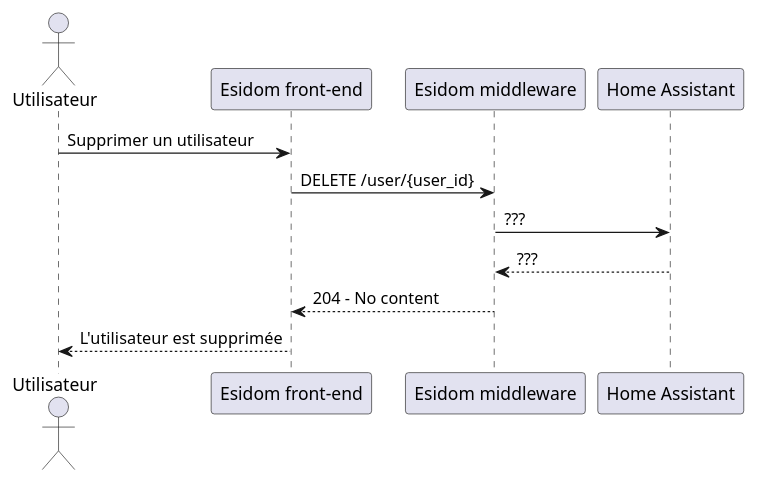
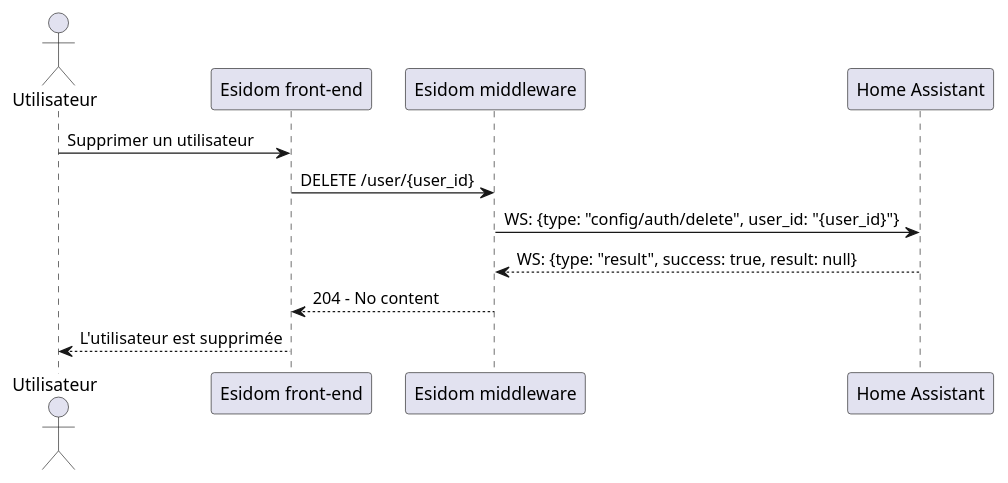
One commit to SKAVALT-io/esidom_doc changed the diagram in cdct/diagramme_de_sequence/plantuml/supprimer_utilisateur.puml. Above: the diagram before and after it, drawn with PlantUML. The commit also changed 1 other file, not shown here.

Commit message:
docs(cdct): update sequence diagram

```diff
--- a/cdct/diagramme_de_sequence/plantuml/supprimer_utilisateur.puml
+++ b/cdct/diagramme_de_sequence/plantuml/supprimer_utilisateur.puml
@@ -1,15 +1,15 @@
 @startuml supprimer utilisateur
 
 actor "Utilisateur" as u
 participant "Esidom front-end" as fe
 participant "Esidom middleware" as m
 participant "Home Assistant" as ha
 
 u -> fe: Supprimer un utilisateur
 fe -> m: DELETE /user/{user_id}
-m -> ha: ???
-ha --> m: ???
+m -> ha: WS: {type: "config/auth/delete", user_id: "{user_id}"}
+ha --> m: WS: {type: "result", success: true, result: null}
 m --> fe: 204 - No content
 fe --> u: L'utilisateur est supprimée
 
 @enduml
```
